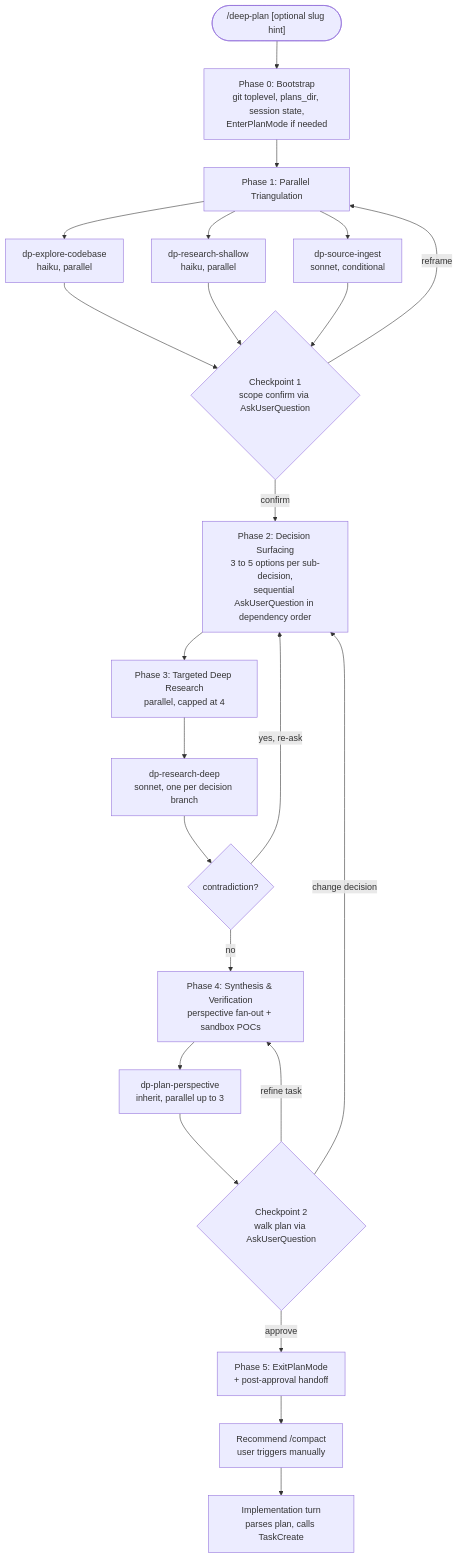
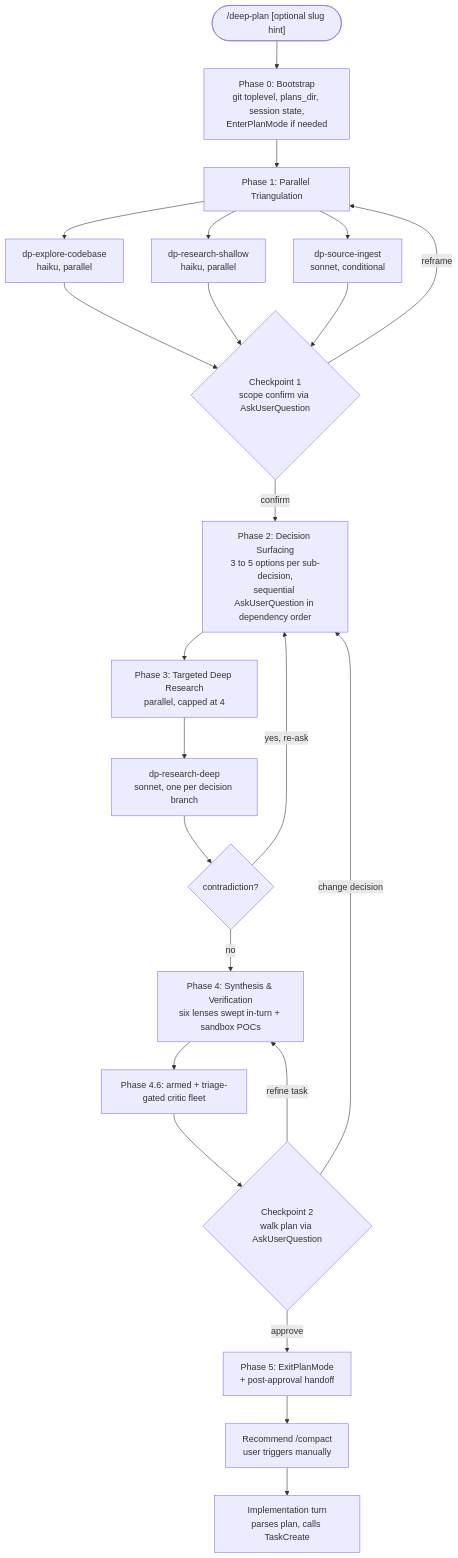
The second of 2 diagrams in PLAN.md (Tsadoq/claude-better-plan), drawn with Mermaid before and after one commit. The commit also changed other lines of this file and 19 other files, not shown here.

First line of the commit message:
feat: delegate execute to a writable implementer and trim planning fan-out

````diff
--- a/PLAN.md
+++ b/PLAN.md
@@ -239,30 +281,30 @@
 ```mermaid
 flowchart TD
     Start(["/deep-plan [optional slug hint]"]) --> P0
     P0[Phase 0: Bootstrap<br/>git toplevel, plans_dir, session state,<br/>EnterPlanMode if needed]
     P0 --> P1[Phase 1: Parallel Triangulation]
     P1 --> A1[dp-explore-codebase<br/>haiku, parallel]
     P1 --> A2[dp-research-shallow<br/>haiku, parallel]
     P1 --> A3[dp-source-ingest<br/>sonnet, conditional]
     A1 --> CP1
     A2 --> CP1
     A3 --> CP1
     CP1{Checkpoint 1<br/>scope confirm via AskUserQuestion}
     CP1 -->|reframe| P1
     CP1 -->|confirm| P2
     P2[Phase 2: Decision Surfacing<br/>3 to 5 options per sub-decision,<br/>sequential AskUserQuestion in dependency order]
     P2 --> P3[Phase 3: Targeted Deep Research<br/>parallel, capped at 4]
     P3 --> A4[dp-research-deep<br/>sonnet, one per decision branch]
     A4 --> P3a{contradiction?}
     P3a -->|yes, re-ask| P2
     P3a -->|no| P4
-    P4[Phase 4: Synthesis & Verification<br/>perspective fan-out + sandbox POCs]
-    P4 --> A5[dp-plan-perspective<br/>inherit, parallel up to 3]
-    A5 --> CP2
+    P4[Phase 4: Synthesis & Verification<br/>six lenses swept in-turn + sandbox POCs]
+    P4 --> P46g[Phase 4.6: armed + triage-gated critic fleet]
+    P46g --> CP2
     CP2{Checkpoint 2<br/>walk plan via AskUserQuestion}
     CP2 -->|refine task| P4
     CP2 -->|change decision| P2
     CP2 -->|approve| P5[Phase 5: ExitPlanMode<br/>+ post-approval handoff]
     P5 --> Compact["Recommend /compact<br/>user triggers manually"]
     Compact --> Impl["Implementation turn<br/>parses plan, calls TaskCreate"]
 ```
````
